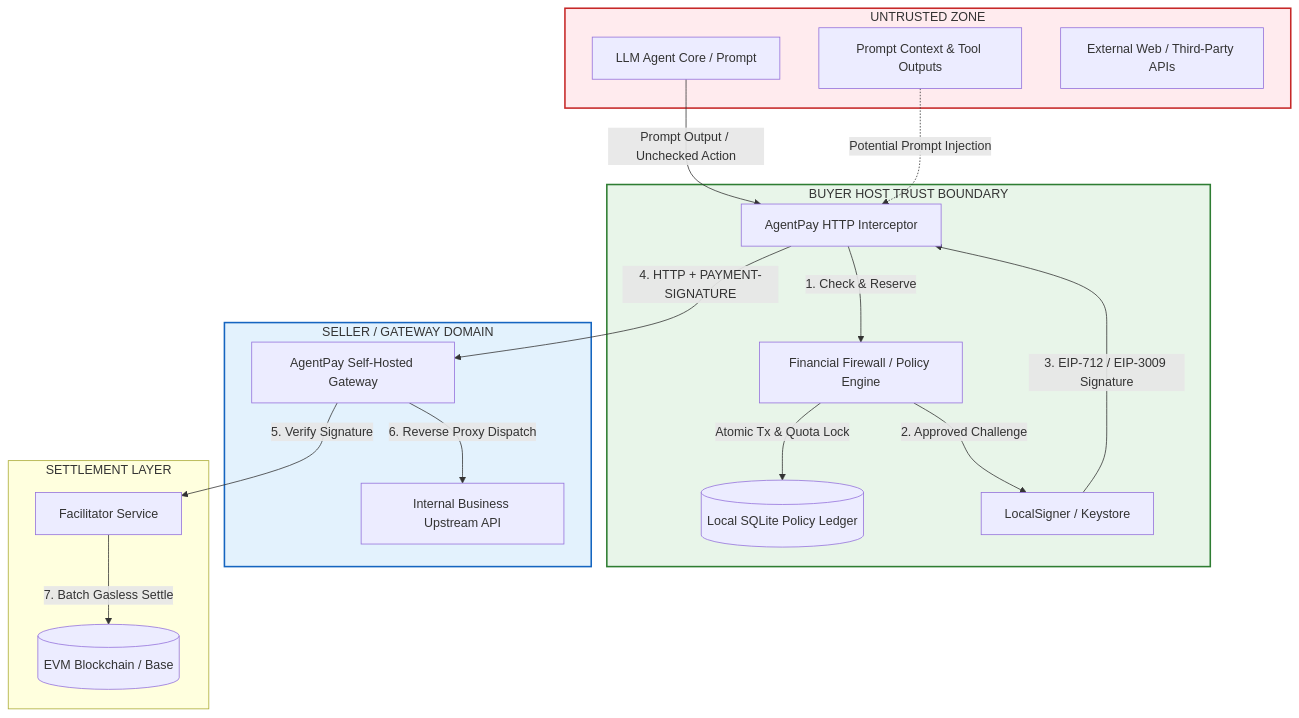
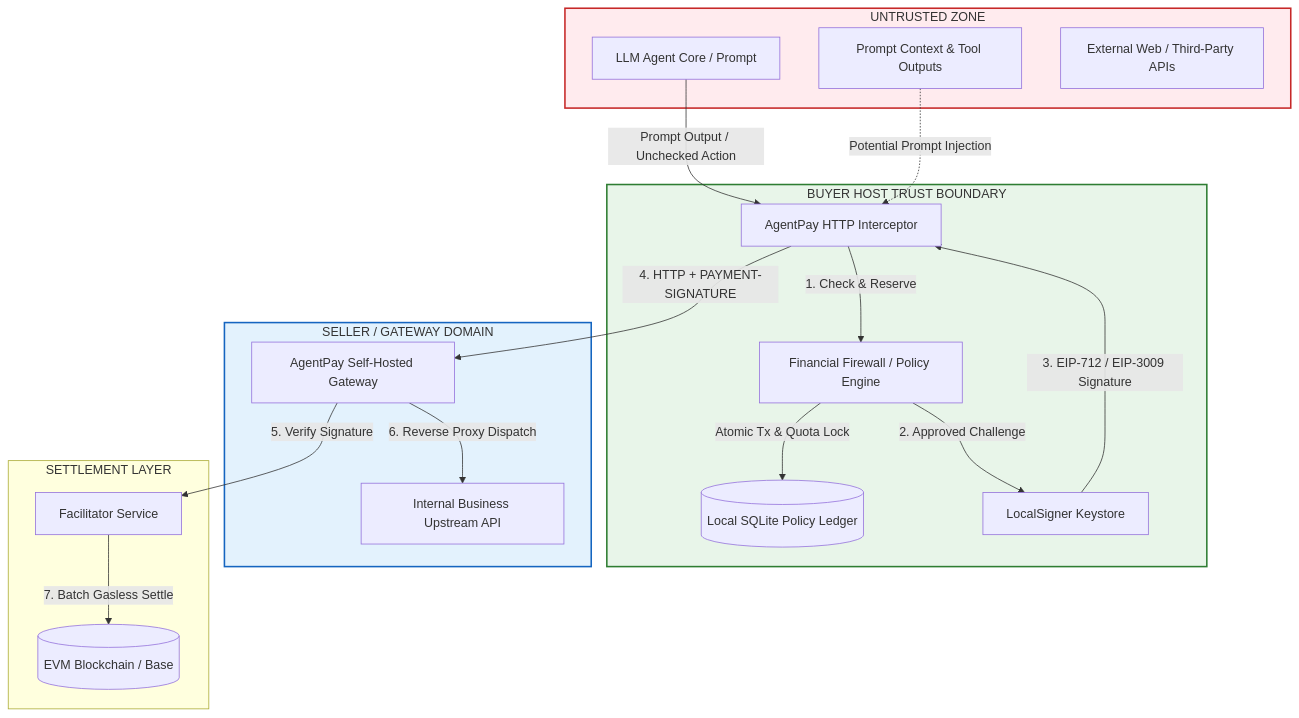
Before and after one commit to july-whj/AgentPay: the diagram in specs/security-model.md, drawn with Mermaid. The commit also changed other lines of this file and 13 other files, not shown here.

````diff
--- a/specs/security-model.md
+++ b/specs/security-model.md
@@ -14,40 +14,40 @@
 ```mermaid
 graph TD
     subgraph UntrustedZone [UNTRUSTED ZONE]
         LLM[LLM Agent Core / Prompt]
         ContextMem[Prompt Context & Tool Outputs]
         PublicWeb[External Web / Third-Party APIs]
     end
 
     subgraph BuyerHost [BUYER HOST TRUST BOUNDARY]
         Interceptor[AgentPay HTTP Interceptor]
         Firewall[Financial Firewall / Policy Engine]
         DB[(Local SQLite Policy Ledger)]
-        Signer[LocalSigner / Keystore]
+        Signer[LocalSigner Keystore]
     end
 
     subgraph SellerDomain [SELLER / GATEWAY DOMAIN]
         Gateway[AgentPay Self-Hosted Gateway]
         Upstream[Internal Business Upstream API]
     end
 
     subgraph SettlementLayer [SETTLEMENT LAYER]
         Facilitator[Facilitator Service]
         Chain[(EVM Blockchain / Base)]
     end
 
     LLM -->|Prompt Output / Unchecked Action| Interceptor
     ContextMem -.->|Potential Prompt Injection| Interceptor
     Interceptor -->|1. Check & Reserve| Firewall
     Firewall -->|Atomic Tx & Quota Lock| DB
     Firewall -->|2. Approved Challenge| Signer
     Signer -->|3. EIP-712 / EIP-3009 Signature| Interceptor
     Interceptor -->|4. HTTP + PAYMENT-SIGNATURE| Gateway
     Gateway -->|5. Verify Signature| Facilitator
     Gateway -->|6. Reverse Proxy Dispatch| Upstream
     Facilitator -->|7. Batch Gasless Settle| Chain
 
     style UntrustedZone fill:#ffebee,stroke:#c62828,stroke-width:2px
     style BuyerHost fill:#e8f5e9,stroke:#2e7d32,stroke-width:2px
     style SellerDomain fill:#e3f2fd,stroke:#1565c0,stroke-width:2px
 ```
````
